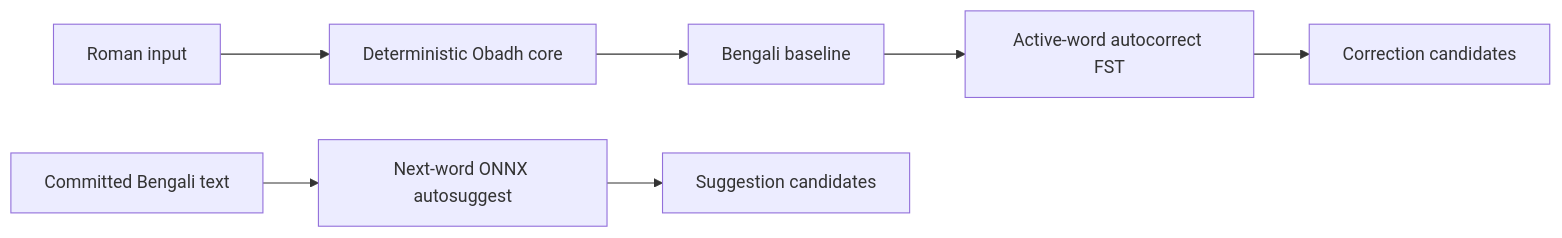
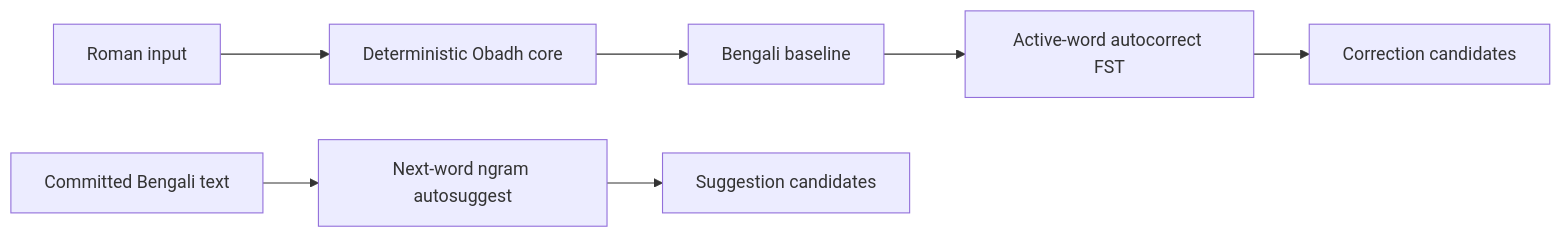
Before and after one commit to nsssayom/obadh_engine: the diagram in README.md, drawn with Mermaid. The commit also changed other lines of this file and 47 other files, not shown here.

Commit message:
Release v0.4.0 autosuggest ngram runtime

````diff
--- a/README.md
+++ b/README.md
@@ -51,9 +51,9 @@
 ```mermaid
 flowchart LR
   R[Roman input] --> O[Deterministic Obadh core]
   O --> B[Bengali baseline]
   B --> C[Active-word autocorrect FST]
   C --> W[Correction candidates]
-  T[Committed Bengali text] --> N[Next-word ONNX autosuggest]
+  T[Committed Bengali text] --> N[Next-word ngram autosuggest]
   N --> S[Suggestion candidates]
 ```
````
